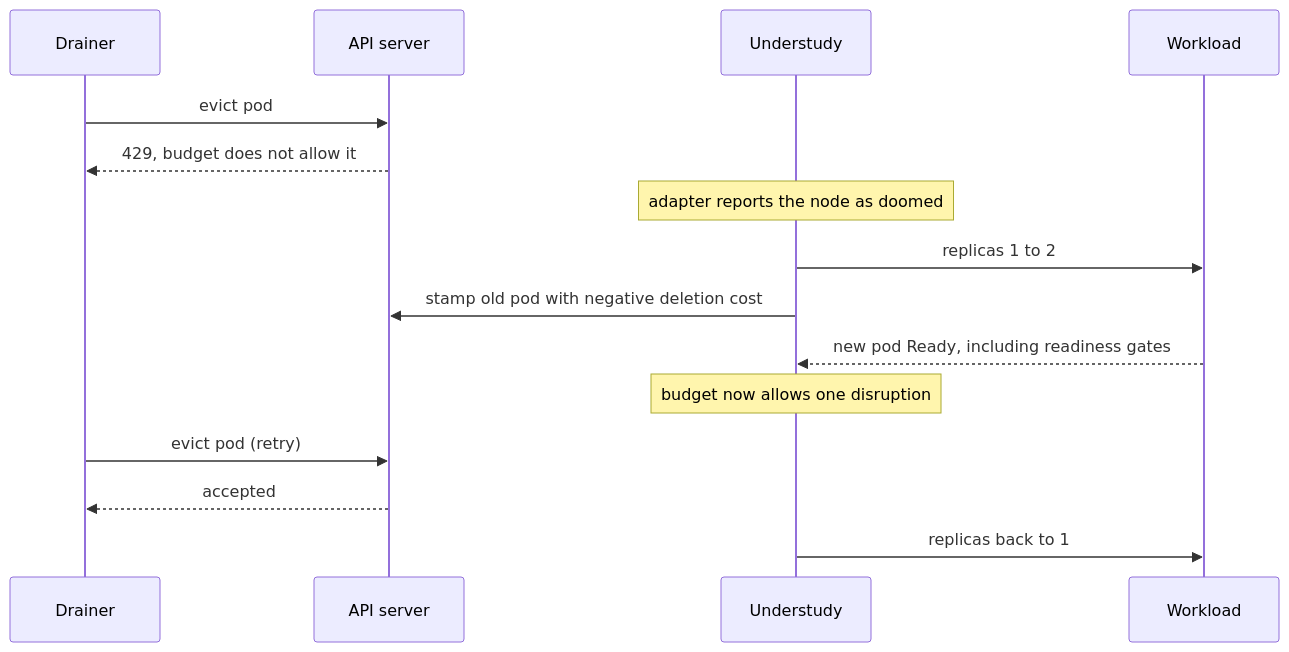
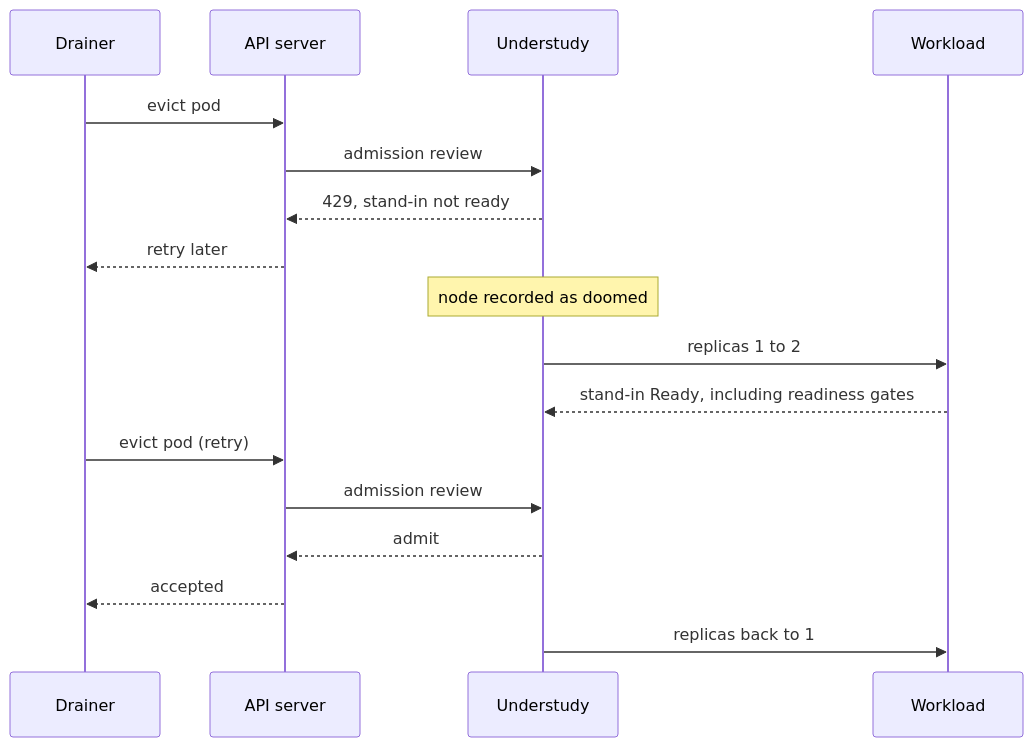
Before and after one commit to 0xmichalis/understudy: the first of 2 diagrams in docs/how-it-works.md, drawn with Mermaid. The commit also changed other lines of this file and 23 other files, not shown here.

````diff
--- a/docs/how-it-works.md
+++ b/docs/how-it-works.md
@@ -58,18 +31,20 @@
 ```mermaid
 sequenceDiagram
     participant D as Drainer
     participant K as API server
     participant U as Understudy
     participant W as Workload
 
     D->>K: evict pod
-    K-->>D: 429, budget does not allow it
-    Note over U: adapter reports the node as doomed
+    K->>U: admission review
+    U-->>K: 429, stand-in not ready
+    K-->>D: retry later
+    Note over U: node recorded as doomed
     U->>W: replicas 1 to 2
-    U->>K: stamp old pod with negative deletion cost
-    W-->>U: new pod Ready, including readiness gates
-    Note over U: budget now allows one disruption
+    W-->>U: stand-in Ready, including readiness gates
     D->>K: evict pod (retry)
+    K->>U: admission review
+    U-->>K: admit
     K-->>D: accepted
     U->>W: replicas back to 1
 ```
````
